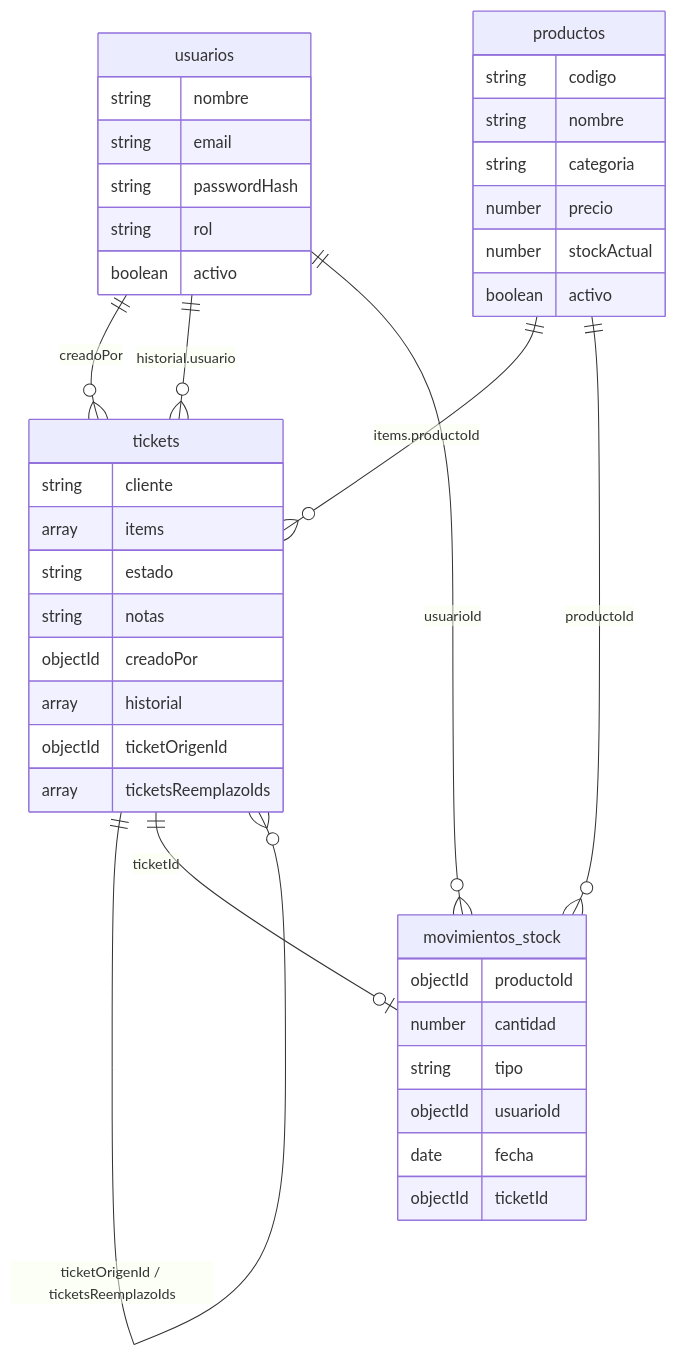
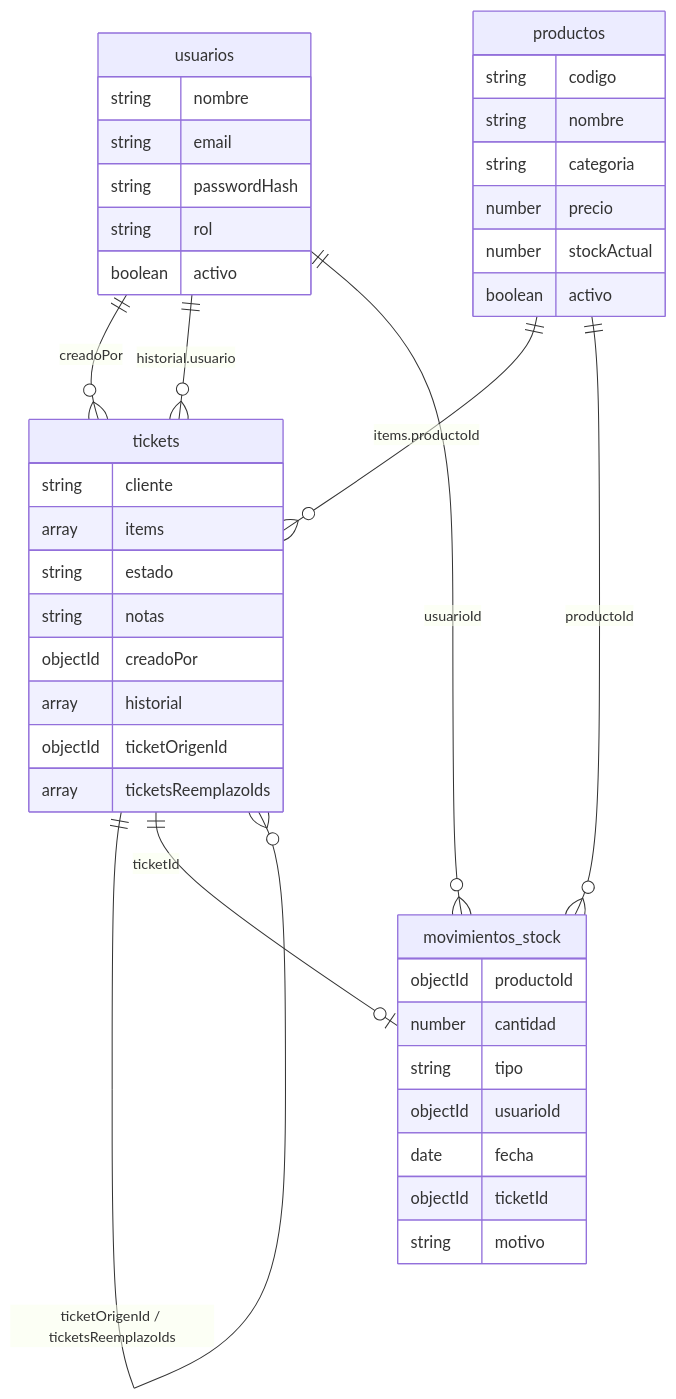
One commit to Santir9515/majito changed the second of 2 diagrams in docs/Majito_Esquema_Base_de_Datos_V2.md. Above: the diagram before and after it, drawn with Mermaid.

Commit message:
docs: agregar el campo motivo a movimientos_stock en el DER

````diff
--- a/docs/Majito_Esquema_Base_de_Datos_V2.md
+++ b/docs/Majito_Esquema_Base_de_Datos_V2.md
@@ -119,44 +119,45 @@
 ```mermaid
 erDiagram
     usuarios ||--o{ tickets : "creadoPor"
     usuarios ||--o{ tickets : "historial.usuario"
     productos ||--o{ tickets : "items.productoId"
     tickets ||--o{ tickets : "ticketOrigenId / ticketsReemplazoIds"
     productos ||--o{ movimientos_stock : "productoId"
     usuarios ||--o{ movimientos_stock : "usuarioId"
     tickets ||--o| movimientos_stock : "ticketId"
 
     usuarios {
         string nombre
         string email
         string passwordHash
         string rol
         boolean activo
     }
     productos {
         string codigo
         string nombre
         string categoria
         number precio
         number stockActual
         boolean activo
     }
     tickets {
         string cliente
         array items
         string estado
         string notas
         objectId creadoPor
         array historial
         objectId ticketOrigenId
         array ticketsReemplazoIds
     }
     movimientos_stock {
         objectId productoId
         number cantidad
         string tipo
         objectId usuarioId
         date fecha
         objectId ticketId
+        string motivo
     }
 ```
````
